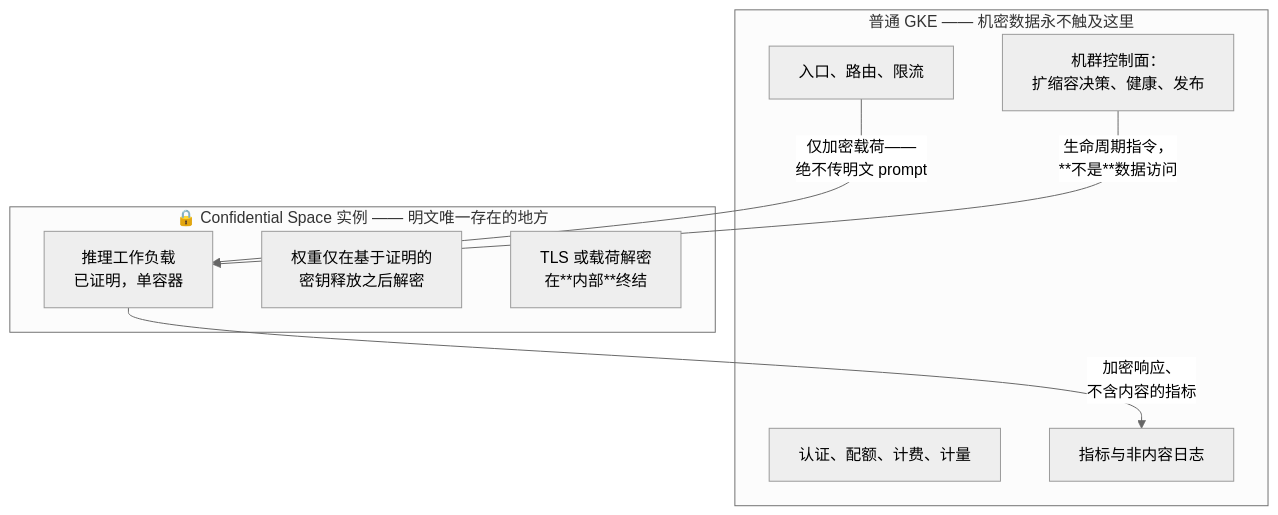
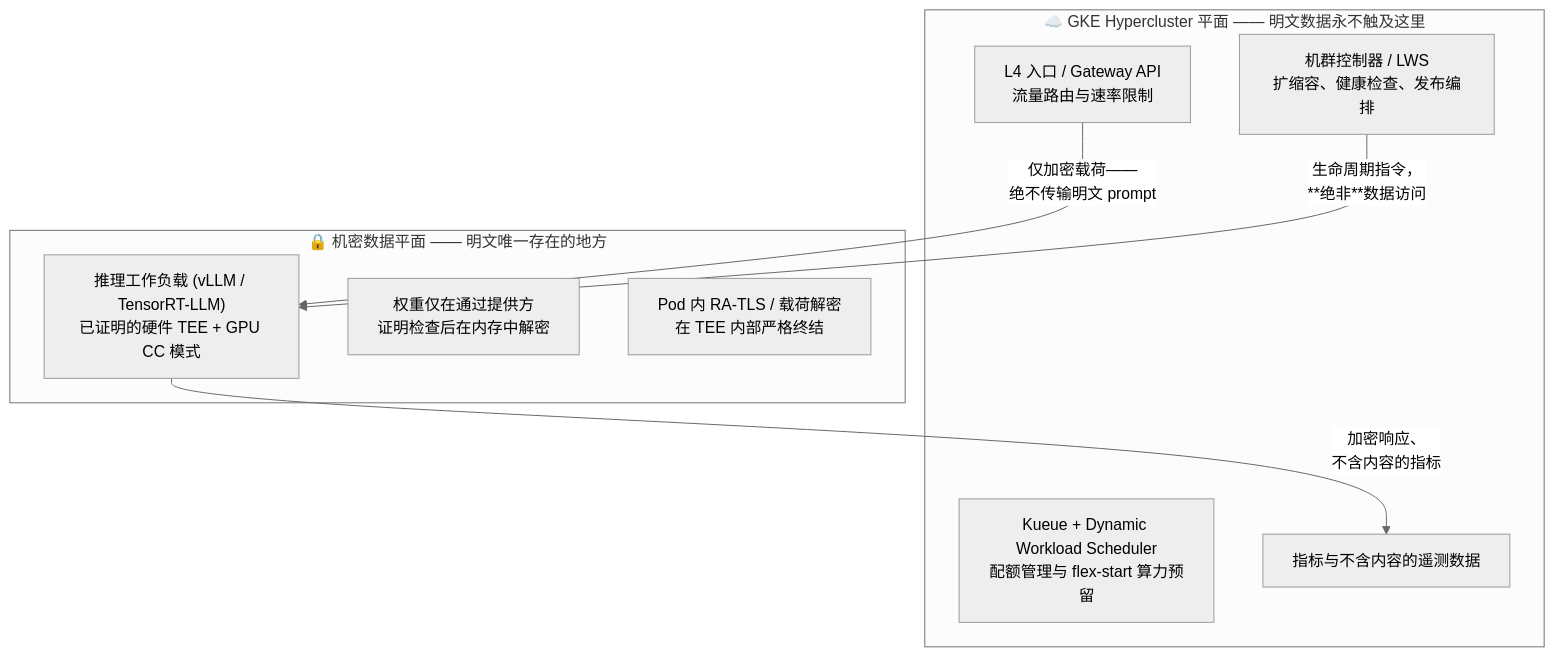
Before and after one commit to Marinette101/llm-cc-in-k8s: the fifth of 5 diagrams in docs/zh/05_google_cloud_confidential_surface.md, drawn with Mermaid (neutral theme). The commit also changed other lines of this file and 9 other files, not shown here.

Commit message:
feat: incorporate GKE Hypercluster and AI Hypercomputer architecture into confidential LLM serving docs

````diff
--- a/docs/zh/05_google_cloud_confidential_surface.md
+++ b/docs/zh/05_google_cloud_confidential_surface.md
@@ -359,19 +366,19 @@
 ```mermaid
 flowchart TD
-    subgraph NORM ["普通 GKE —— 机密数据永不触及这里"]
-        A["入口、路由、限流"]
-        B["认证、配额、计费、计量"]
-        C["机群控制面：<br>扩缩容决策、健康、发布"]
-        D["指标与非内容日志"]
+    subgraph NORM ["☁️ GKE Hypercluster 平面 —— 明文数据永不触及这里"]
+        A["L4 入口 / Gateway API<br>流量路由与速率限制"]
+        B["Kueue + Dynamic Workload Scheduler<br>配额管理与 flex-start 算力预留"]
+        C["机群控制器 / LWS<br>扩缩容、健康检查、发布编排"]
+        D["指标与不含内容的遥测数据"]
     end
 
-    subgraph CONF ["🔒 Confidential Space 实例 —— 明文唯一存在的地方"]
-        E["推理工作负载<br>已证明，单容器"]
-        F["权重仅在基于证明的<br>密钥释放之后解密"]
-        G["TLS 或载荷解密<br>在**内部**终结"]
+    subgraph CONF ["🔒 机密数据平面 —— 明文唯一存在的地方"]
+        E["推理工作负载 (vLLM / TensorRT-LLM)<br>已证明的硬件 TEE + GPU CC 模式"]
+        F["权重仅在通过提供方<br>证明检查后在内存中解密"]
+        G["Pod 内 RA-TLS / 载荷解密<br>在 TEE 内部严格终结"]
     end
 
-    A -->|"仅加密载荷——<br>绝不传明文 prompt"| E
-    C -->|"生命周期指令，<br>**不是**数据访问"| E
+    A -->|"仅加密载荷——<br>绝不传输明文 prompt"| E
+    C -->|"生命周期指令，<br>**绝非**数据访问"| E
     E -->|"加密响应、<br>不含内容的指标"| D
 ```
````
